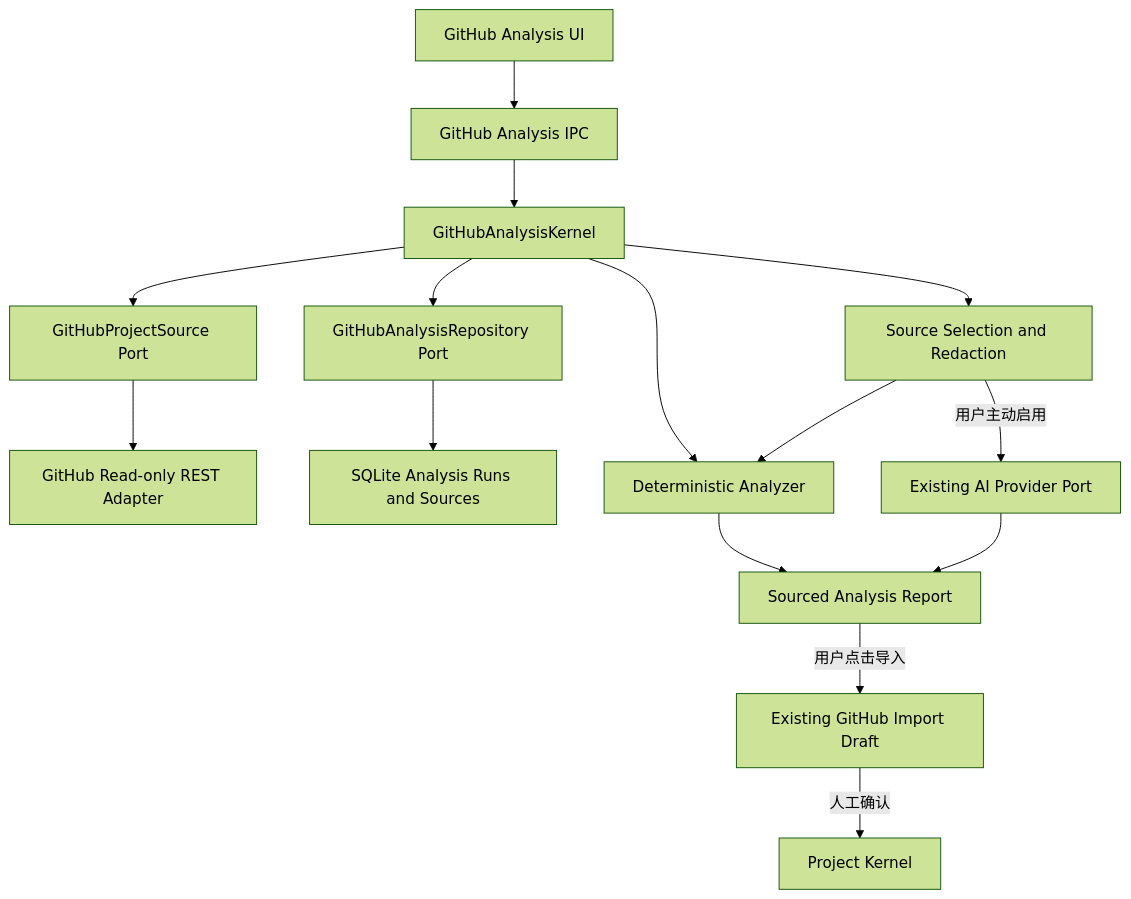
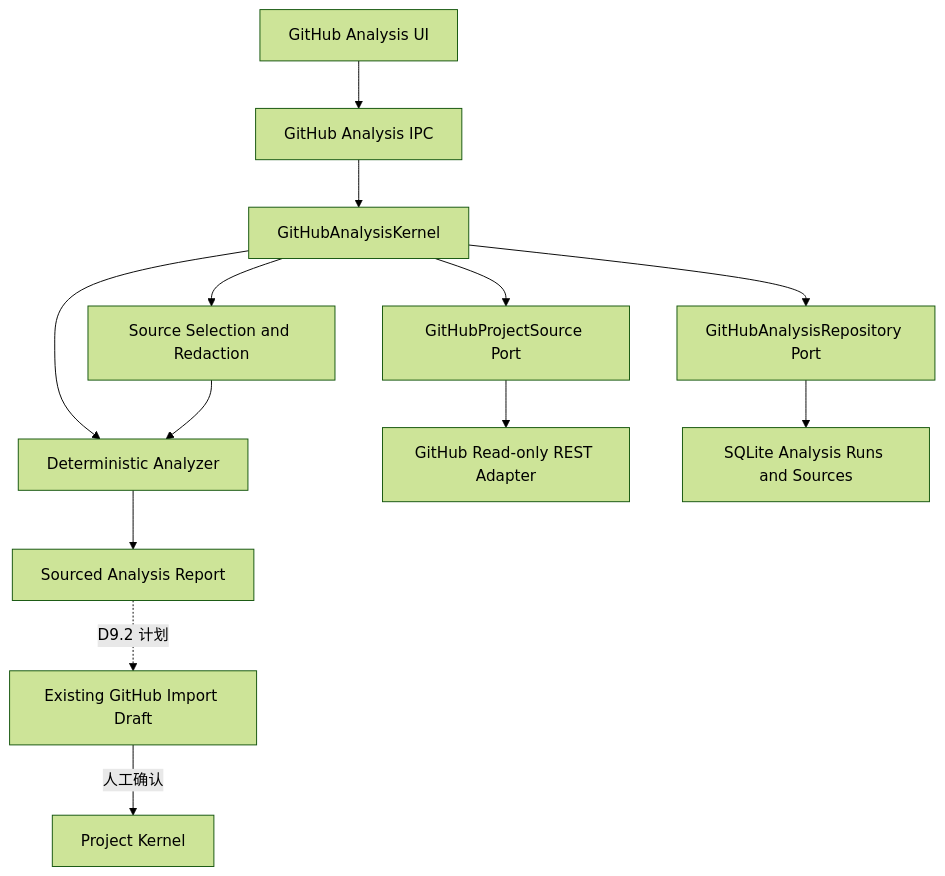
The fifth of 5 diagrams in docs/architecture.md (SZYWAH/ForgeOS), drawn with Mermaid (forest theme) before and after one commit. The commit also changed other lines of this file and 15 other files, not shown here.

````diff
--- a/docs/architecture.md
+++ b/docs/architecture.md
@@ -608,17 +608,15 @@
 ```mermaid
 flowchart TD
     UI["GitHub Analysis UI"] --> IPC["GitHub Analysis IPC"]
     IPC --> APP["GitHubAnalysisKernel"]
     APP --> PORT1["GitHubProjectSource Port"]
     APP --> PORT2["GitHubAnalysisRepository Port"]
     APP --> RULES["Deterministic Analyzer"]
     APP --> SAFE["Source Selection and Redaction"]
     PORT1 --> GH["GitHub Read-only REST Adapter"]
     PORT2 --> DB["SQLite Analysis Runs and Sources"]
     SAFE --> RULES
-    SAFE -->|"用户主动启用"| AI["Existing AI Provider Port"]
     RULES --> REPORT["Sourced Analysis Report"]
-    AI --> REPORT
-    REPORT -->|"用户点击导入"| IMPORT["Existing GitHub Import Draft"]
+    REPORT -.->|"D9.2 计划"| IMPORT["Existing GitHub Import Draft"]
     IMPORT -->|"人工确认"| PROJECT["Project Kernel"]
 ```
````
